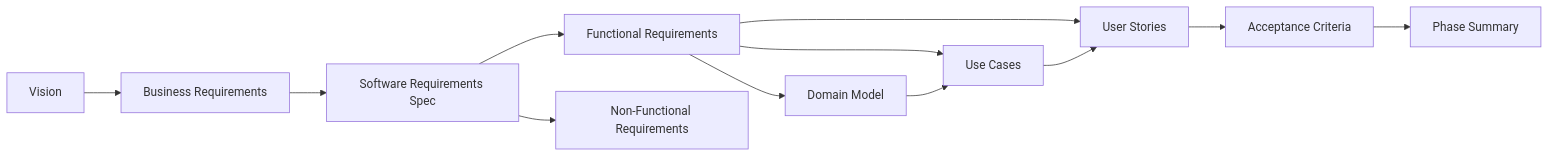
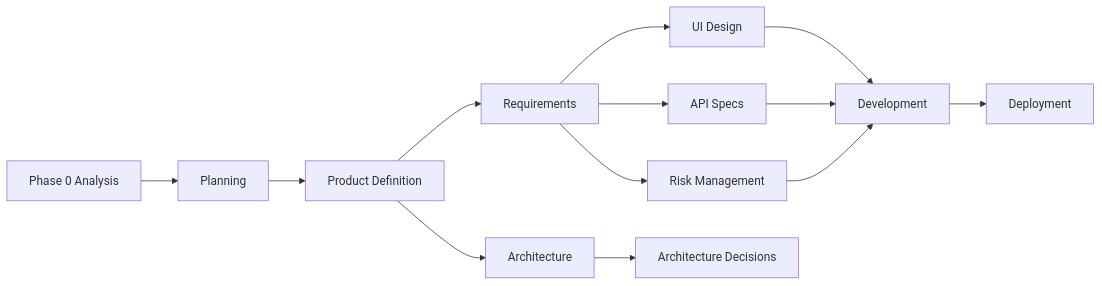
One commit to od3n/forecastiq changed the fourth of 4 diagrams in .qoder/repowiki/en/content/Project Overview.md. Above: the diagram before and after it, drawn with Mermaid. The commit also changed other lines of this file and 3 other files, not shown here.

````diff
--- a/.qoder/repowiki/en/content/Project Overview.md
+++ b/.qoder/repowiki/en/content/Project Overview.md
@@ -280,14 +501,15 @@
 ```mermaid
 graph LR
-V["Vision"] --> BR["Business Requirements"]
-BR --> SRS["Software Requirements Spec"]
-SRS --> FR["Functional Requirements"]
-SRS --> NFR["Non-Functional Requirements"]
-FR --> DM["Domain Model"]
-FR --> UC["Use Cases"]
-FR --> US["User Stories"]
-US --> AC["Acceptance Criteria"]
-DM --> UC
-UC --> US
-AC --> PS["Phase Summary"]
+P0["Phase 0 Analysis"] --> PLAN["Planning"]
+PLAN --> PROD["Product Definition"]
+PROD --> REQ["Requirements"]
+REQ --> UIDESIGN["UI Design"]
+REQ --> APISPEC["API Specs"]
+REQ --> RISK["Risk Management"]
+PROD --> ARCH["Architecture"]
+ARCH --> ADR["Architecture Decisions"]
+UIDESIGN --> DEV["Development"]
+APISPEC --> DEV
+RISK --> DEV
+DEV --> DEPLOY["Deployment"]
 ```
````
